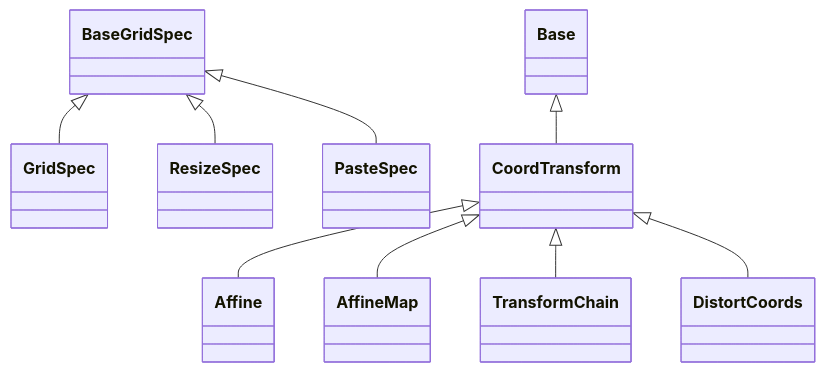
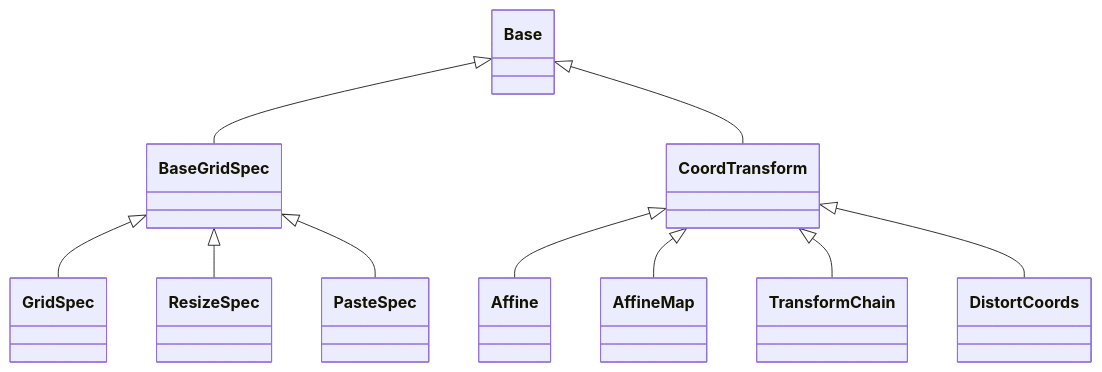
Before and after one commit to LouisDesdoigts/dLux: the diagram in docs/API/core/grids.md, drawn with Mermaid. The commit also changed other lines of this file and 16 other files, not shown here.

````diff
--- a/docs/API/core/grids.md
+++ b/docs/API/core/grids.md
@@ -7,29 +7,31 @@
 ```mermaid
 classDiagram
+    class dLux_grids_BaseGridSpec["BaseGridSpec"]
     class dLux_grids_GridSpec["GridSpec"]
     class dLux_grids_ResizeSpec["ResizeSpec"]
     class dLux_grids_PasteSpec["PasteSpec"]
     class dLux_grids_CoordTransform["CoordTransform"]
     class dLux_grids_Affine["Affine"]
     class dLux_grids_AffineMap["AffineMap"]
     class dLux_grids_TransformChain["TransformChain"]
     class dLux_grids_DistortCoords["DistortCoords"]
     class dLux_base_Base["Base"]
-    class dLux_grids_BaseGridSpec["BaseGridSpec"]
+    dLux_base_Base <|-- dLux_grids_BaseGridSpec
+    click dLux_grids_BaseGridSpec href "#dLux.grids.BaseGridSpec" "No direct public attributes or methods"
     dLux_grids_BaseGridSpec <|-- dLux_grids_GridSpec
-    click dLux_grids_GridSpec href "#dLux.grids.GridSpec" "Attributes: n, d, c, unit · Properties: ndim, shape, scale, axes, xs, coordinates, fov · Methods: broadcast(), resize(), downsample(), oversample(), resample(), from_axes(), build(), axes_for(), xs_for(), transformed(), coordinates_for(), extent()"
+    click dLux_grids_GridSpec href "#dLux.grids.GridSpec" "Attributes: n, d, c, unit · Properties: ndim, shape, scale, axes, xs, coordinates, fov · Methods: broadcast(), match_shape(), resize(), downsample(), oversample(), resample(), from_axes(), build(), axes_for(), xs_for(), transformed(), coordinates_for(), extent()"
     dLux_grids_BaseGridSpec <|-- dLux_grids_ResizeSpec
     click dLux_grids_ResizeSpec href "#dLux.grids.ResizeSpec" "Attributes: n, pad, crop, c · Properties: explicit, padding · Methods: broadcast(), output_size(), crop_size(), pad_array(), crop_array(), crop_axes(), resize()"
     dLux_grids_BaseGridSpec <|-- dLux_grids_PasteSpec
     click dLux_grids_PasteSpec href "#dLux.grids.PasteSpec" "Attributes: n, shape, starts, offsets, d · Properties: coordinates · Methods: from_grid(), paste(), extract()"
     dLux_base_Base <|-- dLux_grids_CoordTransform
     click dLux_grids_CoordTransform href "#dLux.grids.CoordTransform" "Methods: get_coordinates(), apply()"
     dLux_grids_CoordTransform <|-- dLux_grids_Affine
     click dLux_grids_Affine href "#dLux.grids.Affine" "Attributes: translation, rotation, scale, shear, order · Properties: coeffs"
     dLux_grids_CoordTransform <|-- dLux_grids_AffineMap
     click dLux_grids_AffineMap href "#dLux.grids.AffineMap" "Attributes: matrix, offset"
     dLux_grids_CoordTransform <|-- dLux_grids_TransformChain
     click dLux_grids_TransformChain href "#dLux.grids.TransformChain" "Attributes: transformations"
     dLux_grids_CoordTransform <|-- dLux_grids_DistortCoords
     click dLux_grids_DistortCoords href "#dLux.grids.DistortCoords" "Attributes: powers, distortion, shift_invariant"
 ```
````
